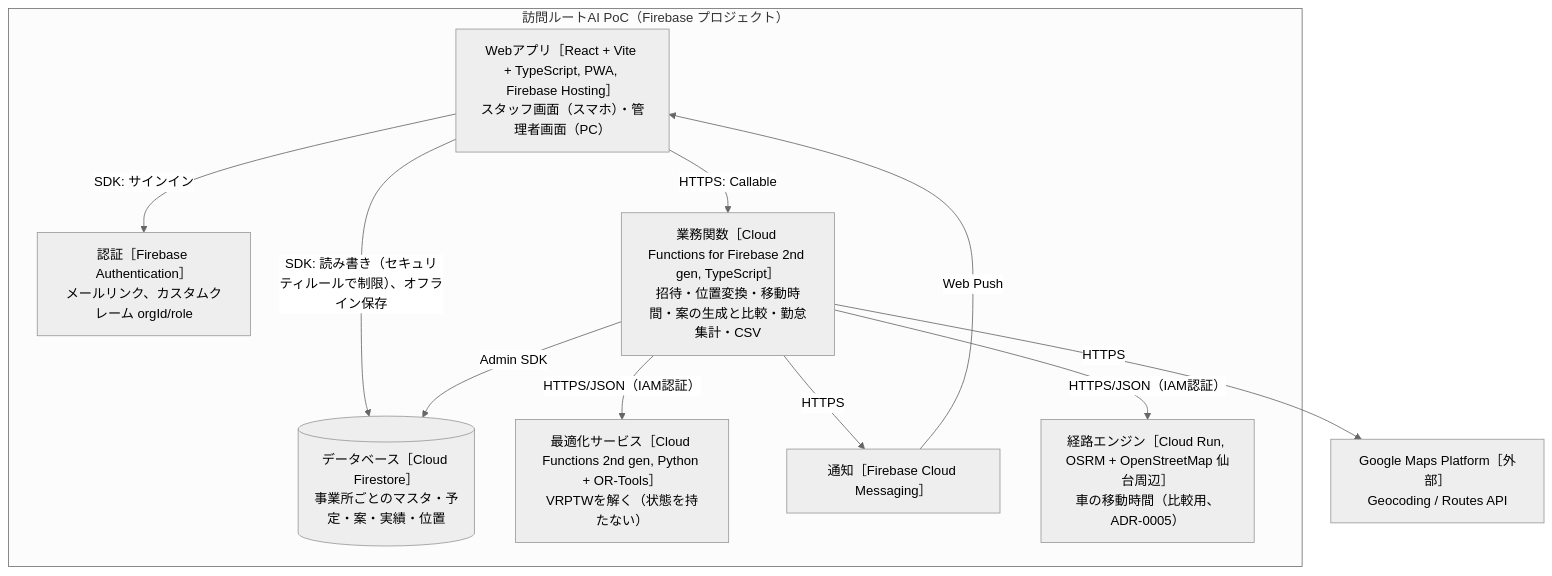
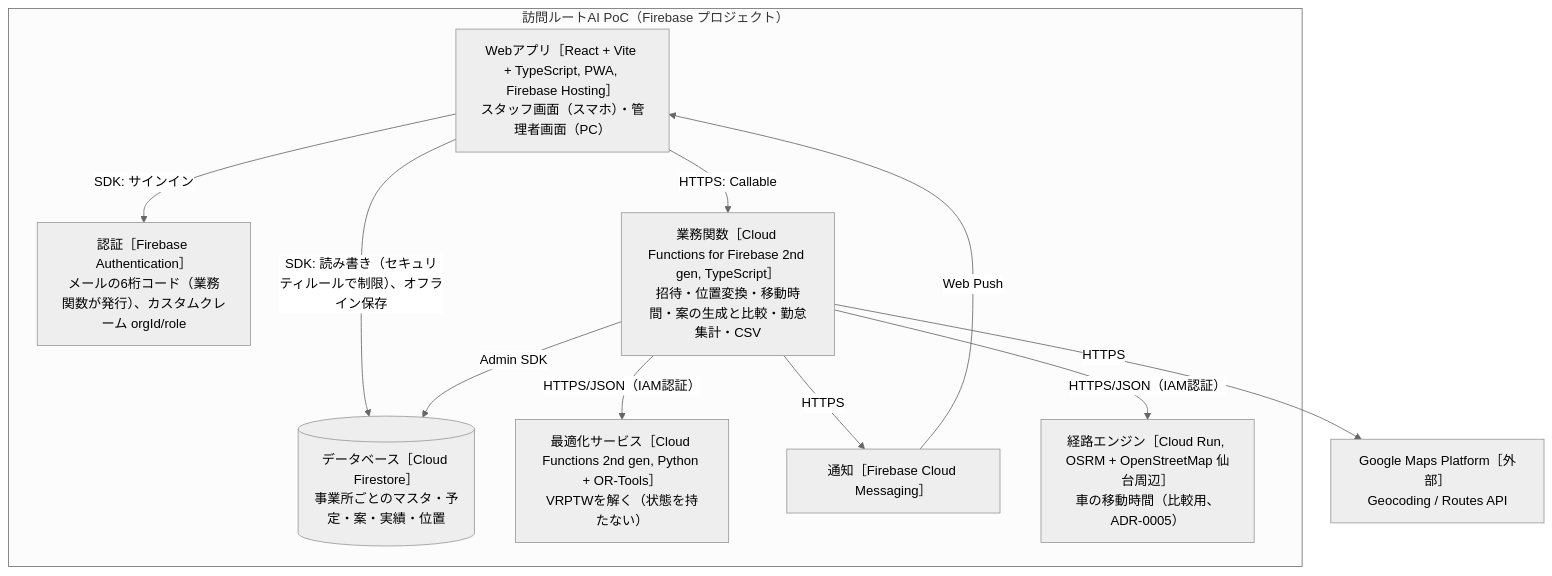
Before and after one commit to katahimo-dev/visit-route-poc: the second of 3 diagrams in docs/design.md, drawn with Mermaid (neutral theme). The commit also changed other lines of this file and 16 other files, not shown here.

````diff
--- a/docs/design.md
+++ b/docs/design.md
@@ -49,22 +49,22 @@
 ```mermaid
 flowchart TB
   subgraph sys["訪問ルートAI PoC（Firebase プロジェクト）"]
     web["Webアプリ［React + Vite + TypeScript, PWA, Firebase Hosting］<br/>スタッフ画面（スマホ）・管理者画面（PC）"]
-    auth["認証［Firebase Authentication］<br/>メールリンク、カスタムクレーム orgId/role"]
+    auth["認証［Firebase Authentication］<br/>メールの6桁コード（業務関数が発行）、カスタムクレーム orgId/role"]
     db[("データベース［Cloud Firestore］<br/>事業所ごとのマスタ・予定・案・実績・位置")]
     fn["業務関数［Cloud Functions for Firebase 2nd gen, TypeScript］<br/>招待・位置変換・移動時間・案の生成と比較・勤怠集計・CSV"]
     opt["最適化サービス［Cloud Functions 2nd gen, Python + OR-Tools］<br/>VRPTWを解く（状態を持たない）"]
     fcm["通知［Firebase Cloud Messaging］"]
     osrm["経路エンジン［Cloud Run, OSRM + OpenStreetMap 仙台周辺］<br/>車の移動時間（比較用、ADR-0005）"]
   end
   maps["Google Maps Platform［外部］<br/>Geocoding / Routes API"]
   web -->|SDK: サインイン| auth
   web -->|SDK: 読み書き（セキュリティルールで制限）、オフライン保存| db
   web -->|HTTPS: Callable| fn
   fn -->|Admin SDK| db
   fn -->|HTTPS/JSON（IAM認証）| opt
   fn -->|HTTPS| maps
   fn -->|HTTPS/JSON（IAM認証）| osrm
   fn -->|HTTPS| fcm
   fcm -->|Web Push| web
 ```
````
